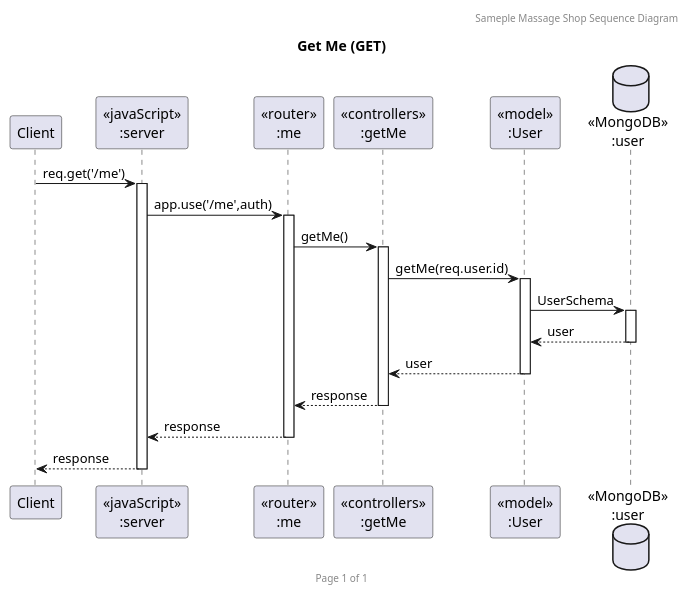
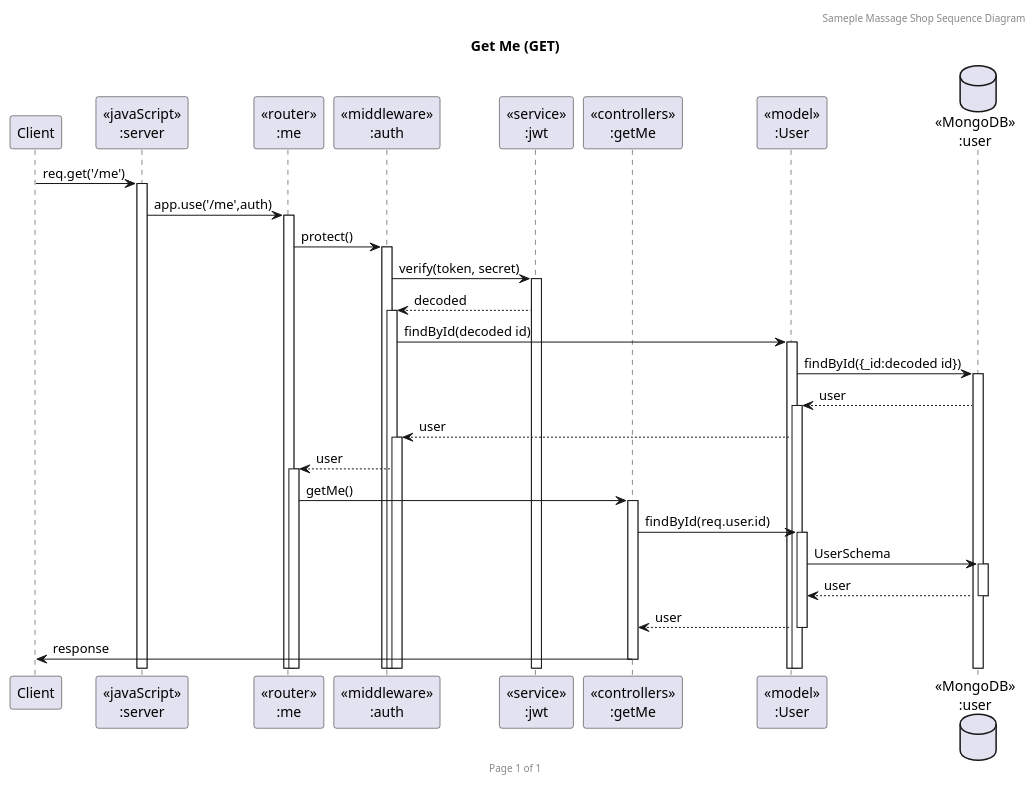
Before and after one commit to BabeTanya/massage-catherine: the diagram in sequence_diagram/MassageSequence_get_me.puml, drawn with PlantUML. The commit also changed 13 other files, not shown here.

Commit message:
Revise sequence diagram and import new collection postman

```diff
--- a/sequence_diagram/MassageSequence_get_me.puml
+++ b/sequence_diagram/MassageSequence_get_me.puml
@@ -1,25 +1,35 @@
 @startuml Get Me (GET)
 
 header Sameple Massage Shop Sequence Diagram
 footer Page %page% of %lastpage%
 title "Get Me (GET)"
 
 participant "Client" as client
 participant "<<javaScript>>\n:server" as server
 participant "<<router>>\n:me" as routerMe
+participant "<<middleware>>\n:auth" as middleware
+participant "<<service>>\n:jwt" as service
 participant "<<controllers>>\n:getMe" as controllersGetMe
 participant "<<model>>\n:User" as modelUser
 database "<<MongoDB>>\n:user" as UserDatabase
 
 client->server ++:req.get('/me')
 server->routerMe ++:app.use('/me',auth)
+routerMe -> middleware ++:protect()
+middleware -> service ++:verify(token, secret)
+middleware <-- service ++:decoded
+middleware -> modelUser ++:findById(decoded id)
+modelUser -> UserDatabase ++:findById({_id:decoded id})
+modelUser <-- UserDatabase ++:user
+middleware <-- modelUser ++:user
+routerMe <-- middleware ++:user
 routerMe -> controllersGetMe ++:getMe()
-controllersGetMe->modelUser ++:getMe(req.user.id)
+controllersGetMe->modelUser ++:findById(req.user.id)
 modelUser ->UserDatabase ++: UserSchema
 UserDatabase --> modelUser --: user
 controllersGetMe <-- modelUser --:user
-routerMe <-- controllersGetMe --:response
-server <-- routerMe --:response
-client <-- server --:response
+client <- controllersGetMe --:response
+' server <-- routerMe --:response
+' client <-- server --:response
 
 @enduml
```
